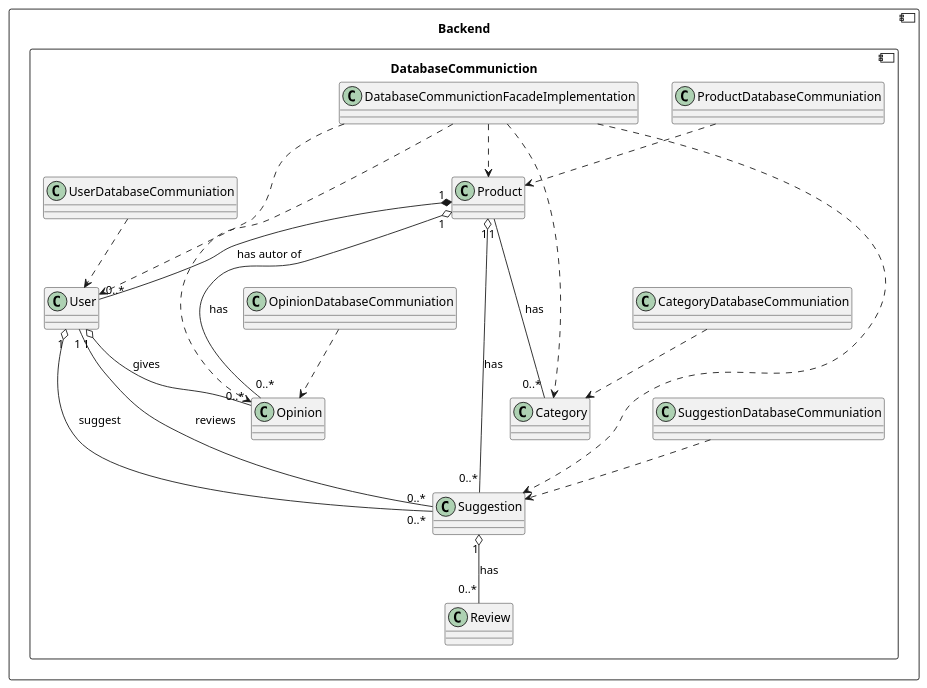
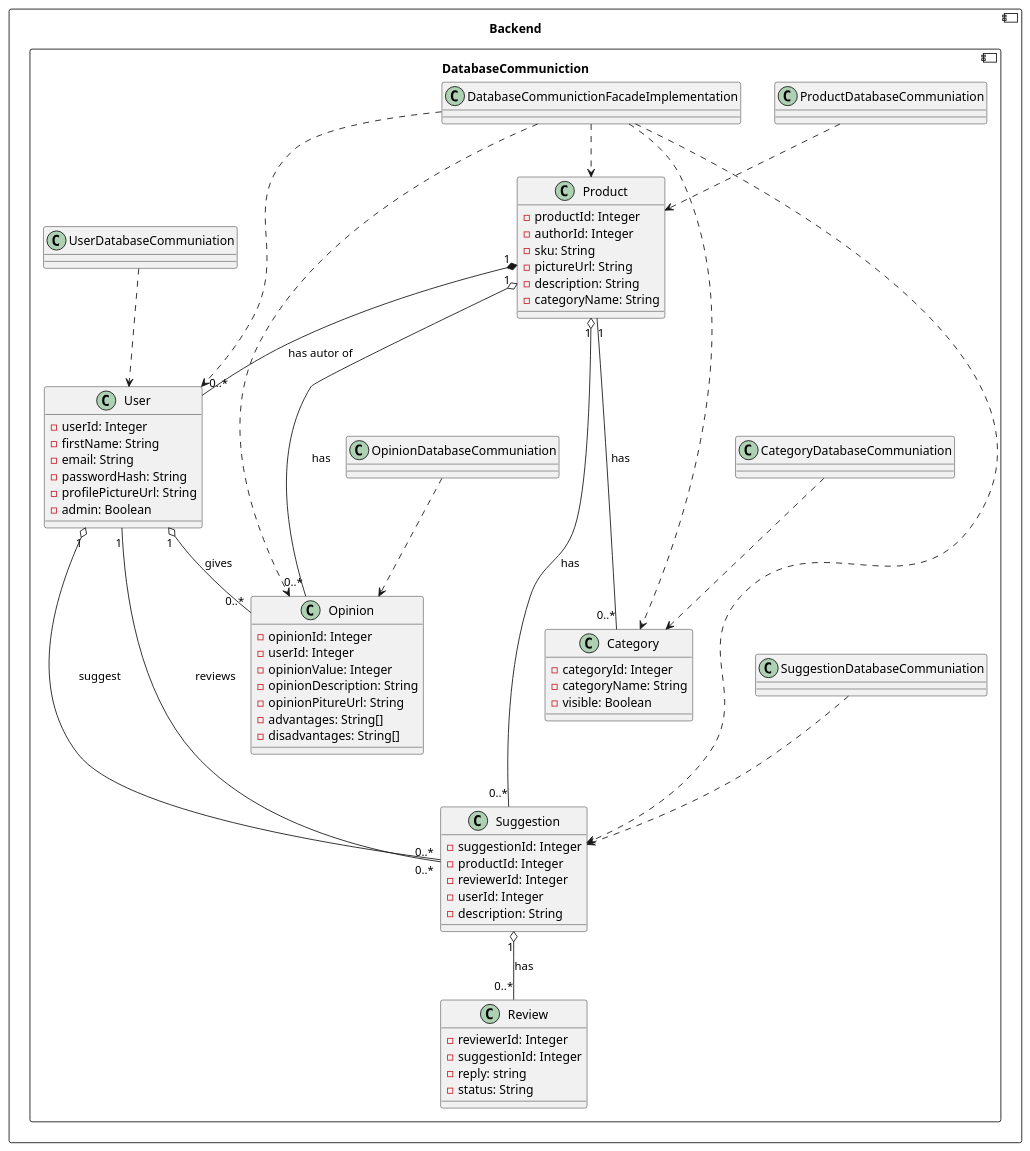
Before and after one commit to RadekBucki/OpinionCollectorArchitecture: the first of 17 diagrams in FullClassDiagrams.md, drawn with PlantUML.

Commit message:
Add database types properties

````diff
--- a/FullClassDiagrams.md
+++ b/FullClassDiagrams.md
@@ -3,40 +3,71 @@
 ```plantuml
 component Backend {
     component DatabaseCommuniction {
         class Suggestion {
         }
         class User {
+            - userId: Integer
+            - firstName: String
+            - email: String
+            - passwordHash: String
+            - profilePictureUrl: String
+            - admin: Boolean
         }
         class Opinion {
+            - opinionId: Integer
+            - userId: Integer
+            - opinionValue: Integer
+            - opinionDescription: String
+            - opinionPitureUrl: String
+            - advantages: String[]
+            - disadvantages: String[]
         }
         class Product {
+            - productId: Integer
+            - authorId: Integer
+            - sku: String
+            - pictureUrl: String
+            - description: String
+            - categoryName: String
         }
         class Category {
+            - categoryId: Integer
+            - categoryName: String
+            - visible: Boolean
         }
         class Suggestion {
+            - suggestionId: Integer
+            - productId: Integer
+            - reviewerId: Integer
+            - userId: Integer
+            - description: String
         }
         class Review {
+            - reviewerId: Integer
+            - suggestionId: Integer
+            - reply: string
+            - status: String
         }
         Product    "1" o-- "0..*" Opinion    : has
         Product    "1" o-- "0..*" Suggestion : has
         Product    "1" *-- "0..*" User       : has autor of
         Product    "1" --- "0..*" Category   : has
         Suggestion "1" o-- "0..*" Review    : has
         User       "1" o-- "0..*" Opinion    : gives
         User       "1" --- "0..*" Suggestion : reviews
         User       "1" o-- "0..*" Suggestion : suggest
         
         UserDatabaseCommuniation        ..> User
         ProductDatabaseCommuniation     ..> Product
         SuggestionDatabaseCommuniation  ..> Suggestion
         OpinionDatabaseCommuniation     ..> Opinion
         CategoryDatabaseCommuniation    ..> Category
         
         DatabaseCommunictionFacadeImplementation ..> User
         DatabaseCommunictionFacadeImplementation ..> Product
         DatabaseCommunictionFacadeImplementation ..> Suggestion
         DatabaseCommunictionFacadeImplementation ..> Opinion
         DatabaseCommunictionFacadeImplementation ..> Category
     }
 }
 ```
````
